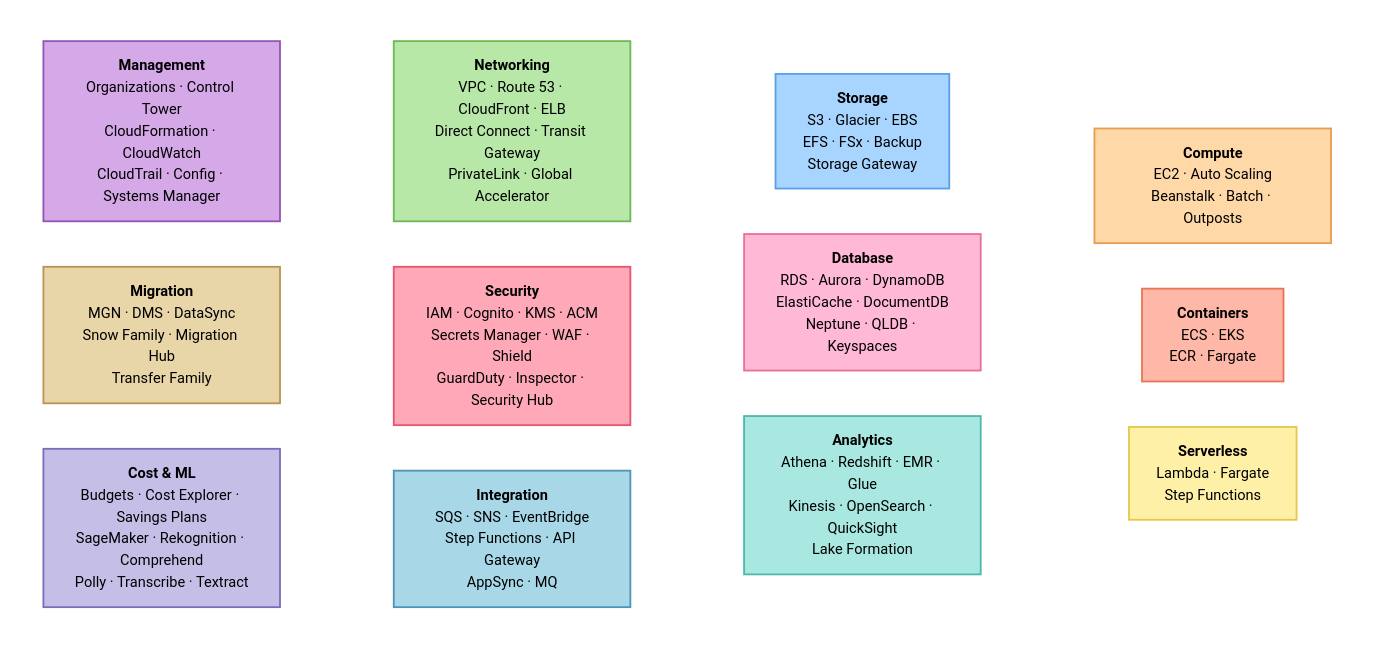
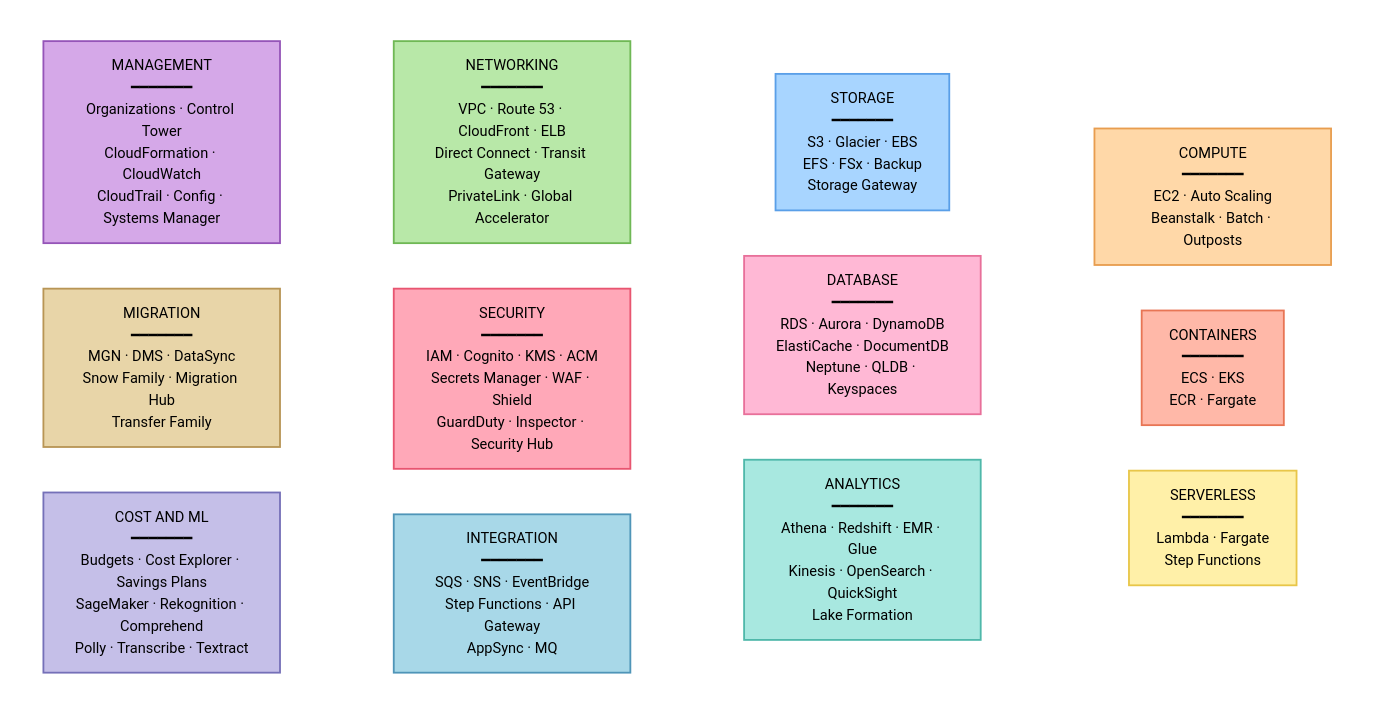
Before and after one commit to Gooseppr/GevOps_LC: the first of 23 diagrams in courses/cloud-aws/aws_cartographie.md, drawn with Mermaid (base theme).

Commit message:
Auto commit & push depuis script pipeline

````diff
--- a/courses/cloud-aws/aws_cartographie.md
+++ b/courses/cloud-aws/aws_cartographie.md
@@ -51,43 +51,43 @@
 ```mermaid
 flowchart TB
     subgraph R1[" "]
         direction LR
-        C1["`**Compute**<br/>EC2 · Auto Scaling<br/>Beanstalk · Batch · Outposts`"]
-        C2["`**Containers**<br/>ECS · EKS<br/>ECR · Fargate`"]
-        C3["`**Serverless**<br/>Lambda · Fargate<br/>Step Functions`"]
+        C1[COMPUTE<br/>━━━━━━━<br/>EC2 · Auto Scaling<br/>Beanstalk · Batch · Outposts]
+        C2[CONTAINERS<br/>━━━━━━━<br/>ECS · EKS<br/>ECR · Fargate]
+        C3[SERVERLESS<br/>━━━━━━━<br/>Lambda · Fargate<br/>Step Functions]
     end
     subgraph R2[" "]
         direction LR
-        C4["`**Storage**<br/>S3 · Glacier · EBS<br/>EFS · FSx · Backup<br/>Storage Gateway`"]
-        C5["`**Database**<br/>RDS · Aurora · DynamoDB<br/>ElastiCache · DocumentDB<br/>Neptune · QLDB · Keyspaces`"]
-        C6["`**Analytics**<br/>Athena · Redshift · EMR · Glue<br/>Kinesis · OpenSearch · QuickSight<br/>Lake Formation`"]
+        C4[STORAGE<br/>━━━━━━━<br/>S3 · Glacier · EBS<br/>EFS · FSx · Backup<br/>Storage Gateway]
+        C5[DATABASE<br/>━━━━━━━<br/>RDS · Aurora · DynamoDB<br/>ElastiCache · DocumentDB<br/>Neptune · QLDB · Keyspaces]
+        C6[ANALYTICS<br/>━━━━━━━<br/>Athena · Redshift · EMR · Glue<br/>Kinesis · OpenSearch · QuickSight<br/>Lake Formation]
     end
     subgraph R3[" "]
         direction LR
-        C7["`**Networking**<br/>VPC · Route 53 · CloudFront · ELB<br/>Direct Connect · Transit Gateway<br/>PrivateLink · Global Accelerator`"]
-        C8["`**Security**<br/>IAM · Cognito · KMS · ACM<br/>Secrets Manager · WAF · Shield<br/>GuardDuty · Inspector · Security Hub`"]
-        C9["`**Integration**<br/>SQS · SNS · EventBridge<br/>Step Functions · API Gateway<br/>AppSync · MQ`"]
+        C7[NETWORKING<br/>━━━━━━━<br/>VPC · Route 53 · CloudFront · ELB<br/>Direct Connect · Transit Gateway<br/>PrivateLink · Global Accelerator]
+        C8[SECURITY<br/>━━━━━━━<br/>IAM · Cognito · KMS · ACM<br/>Secrets Manager · WAF · Shield<br/>GuardDuty · Inspector · Security Hub]
+        C9[INTEGRATION<br/>━━━━━━━<br/>SQS · SNS · EventBridge<br/>Step Functions · API Gateway<br/>AppSync · MQ]
     end
     subgraph R4[" "]
         direction LR
-        C10["`**Management**<br/>Organizations · Control Tower<br/>CloudFormation · CloudWatch<br/>CloudTrail · Config · Systems Manager`"]
-        C11["`**Migration**<br/>MGN · DMS · DataSync<br/>Snow Family · Migration Hub<br/>Transfer Family`"]
-        C12["`**Cost & ML**<br/>Budgets · Cost Explorer · Savings Plans<br/>SageMaker · Rekognition · Comprehend<br/>Polly · Transcribe · Textract`"]
+        C10[MANAGEMENT<br/>━━━━━━━<br/>Organizations · Control Tower<br/>CloudFormation · CloudWatch<br/>CloudTrail · Config · Systems Manager]
+        C11[MIGRATION<br/>━━━━━━━<br/>MGN · DMS · DataSync<br/>Snow Family · Migration Hub<br/>Transfer Family]
+        C12[COST AND ML<br/>━━━━━━━<br/>Budgets · Cost Explorer · Savings Plans<br/>SageMaker · Rekognition · Comprehend<br/>Polly · Transcribe · Textract]
     end
     style R1 fill:none,stroke:none
     style R2 fill:none,stroke:none
     style R3 fill:none,stroke:none
     style R4 fill:none,stroke:none
     style C1 fill:#FFD8A8,stroke:#E89D4F,stroke-width:2px,color:#000
     style C2 fill:#FFB8A8,stroke:#E87555,stroke-width:2px,color:#000
     style C3 fill:#FFF0A8,stroke:#E8C649,stroke-width:2px,color:#000
     style C4 fill:#A8D5FF,stroke:#5A9FE8,stroke-width:2px,color:#000
     style C5 fill:#FFB8D5,stroke:#E8709A,stroke-width:2px,color:#000
     style C6 fill:#A8E8E0,stroke:#4FB8AA,stroke-width:2px,color:#000
     style C7 fill:#B8E8A8,stroke:#6FB855,stroke-width:2px,color:#000
     style C8 fill:#FFA8B8,stroke:#E85570,stroke-width:2px,color:#000
     style C9 fill:#A8D8E8,stroke:#4F95B8,stroke-width:2px,color:#000
     style C10 fill:#D5A8E8,stroke:#9555B8,stroke-width:2px,color:#000
     style C11 fill:#E8D5A8,stroke:#B89555,stroke-width:2px,color:#000
     style C12 fill:#C5BFE8,stroke:#7570B8,stroke-width:2px,color:#000
 ```
````
